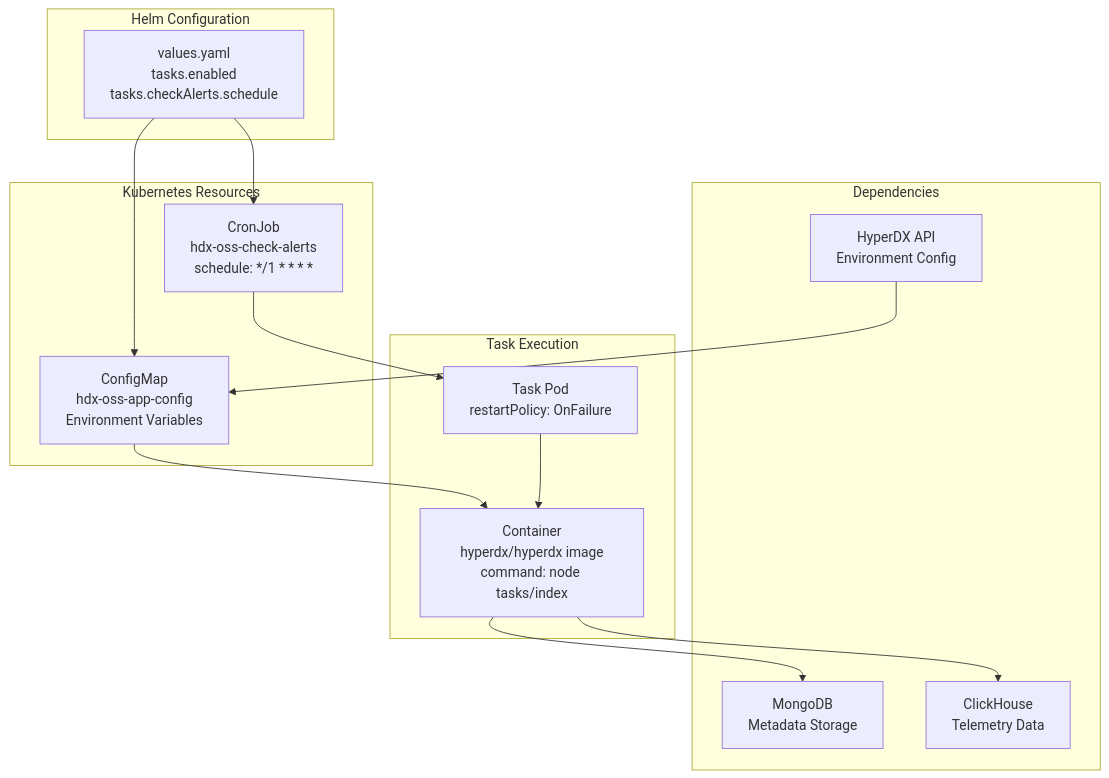
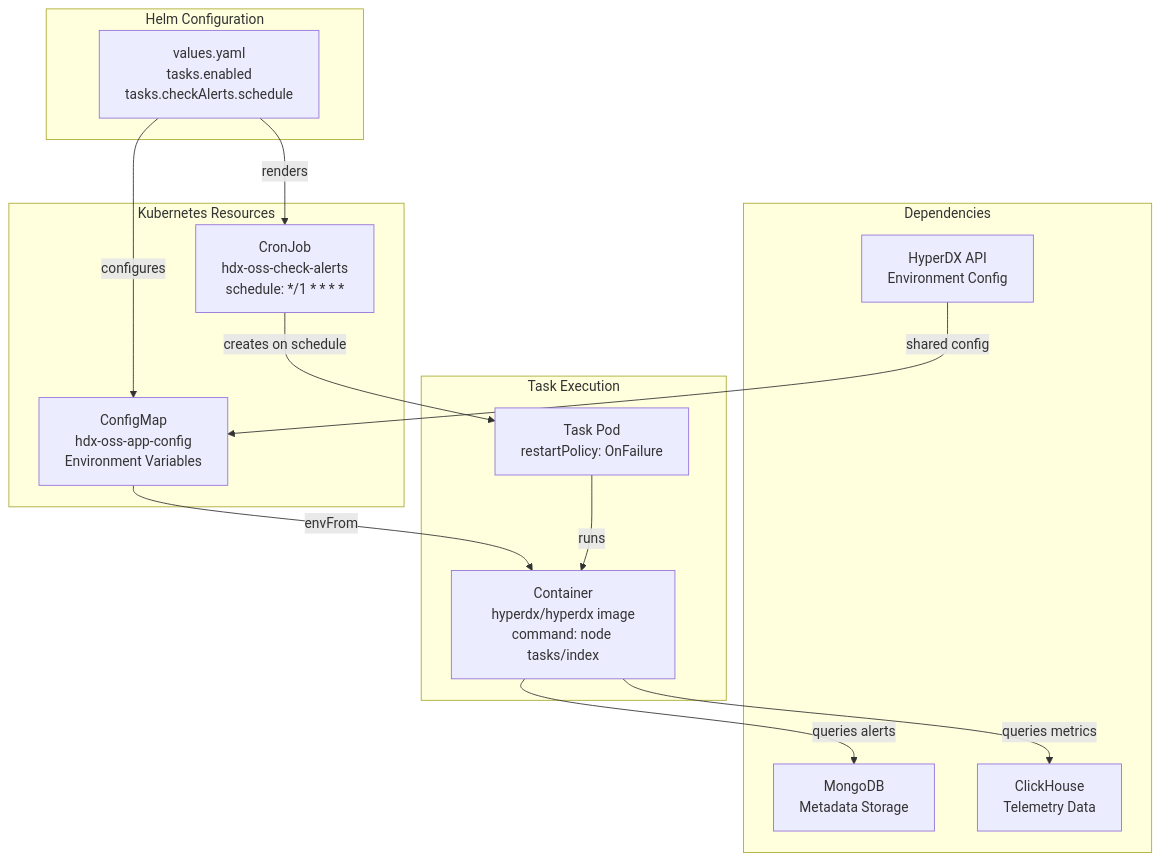
The first of 4 diagrams in docs/hyperdxio-helm-charts-docs/Scheduled-Tasks-System.md (openchoreo/openchoreo), drawn with Mermaid before and after one commit. The commit also changed other lines of this file and 85 other files, not shown here.

Commit message:
feat: Add new workflow and specification templates, update Helm chart dependencies, and clarify documentation diagrams.

````diff
--- a/docs/hyperdxio-helm-charts-docs/Scheduled-Tasks-System.md
+++ b/docs/hyperdxio-helm-charts-docs/Scheduled-Tasks-System.md
@@ -23,41 +23,41 @@
 ```mermaid
 flowchart TD
 
 ValuesYAML["values.yaml<br>tasks.enabled<br>tasks.checkAlerts.schedule"]
 CronJob["CronJob<br>hdx-oss-check-alerts<br>schedule: */1 * * * *"]
 ConfigMap["ConfigMap<br>hdx-oss-app-config<br>Environment Variables"]
 Pod["Task Pod<br>restartPolicy: OnFailure"]
 Container["Container<br>hyperdx/hyperdx image<br>command: node tasks/index"]
 MongoDB["MongoDB<br>Metadata Storage"]
 ClickHouse["ClickHouse<br>Telemetry Data"]
 API["HyperDX API<br>Environment Config"]
 
-ValuesYAML --> CronJob
-ValuesYAML --> ConfigMap
-CronJob --> Pod
-ConfigMap --> Container
-Container --> MongoDB
-Container --> ClickHouse
-API --> ConfigMap
+ValuesYAML -->|"renders"| CronJob
+ValuesYAML -->|"configures"| ConfigMap
+CronJob -->|"creates on schedule"| Pod
+ConfigMap -->|"envFrom"| Container
+Container -->|"queries alerts"| MongoDB
+Container -->|"queries metrics"| ClickHouse
+API -->|"shared config"| ConfigMap
 
 subgraph Dependencies ["Dependencies"]
     MongoDB
     ClickHouse
     API
 end
 
 subgraph subGraph2 ["Task Execution"]
     Pod
     Container
-    Pod --> Container
+    Pod -->|"runs"| Container
 end
 
 subgraph subGraph1 ["Kubernetes Resources"]
     CronJob
     ConfigMap
 end
 
 subgraph subGraph0 ["Helm Configuration"]
     ValuesYAML
 end
 ```
````
